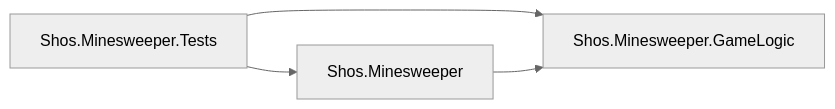
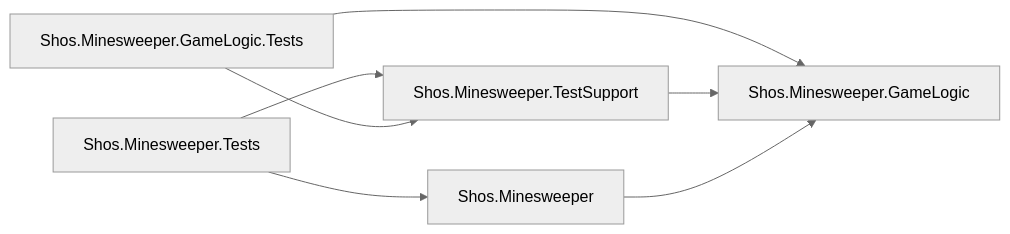
Before and after one commit to Fujiwo/Shos.Minesweeper: the second of 10 diagrams in docs/04-architecture.md, drawn with Mermaid (neutral theme). The commit also changed other lines of this file and 28 other files, not shown here.

````diff
--- a/docs/04-architecture.md
+++ b/docs/04-architecture.md
@@ -89,6 +90,9 @@
 ```mermaid
 flowchart LR
     Tests["Shos.Minesweeper.Tests"] --> AppProject["Shos.Minesweeper"]
-    Tests --> GameLogic["Shos.Minesweeper.GameLogic"]
+    Tests --> TestSupport["Shos.Minesweeper.TestSupport"]
+    GameLogicTests["Shos.Minesweeper.GameLogic.Tests"] --> GameLogic["Shos.Minesweeper.GameLogic"]
+    GameLogicTests --> TestSupport
+    TestSupport --> GameLogic
     AppProject --> GameLogic
 ```
````
